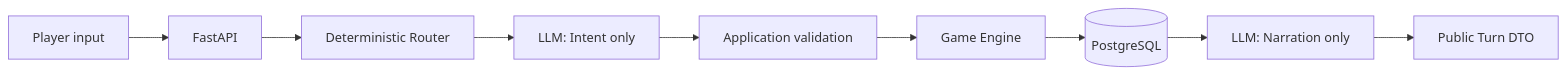
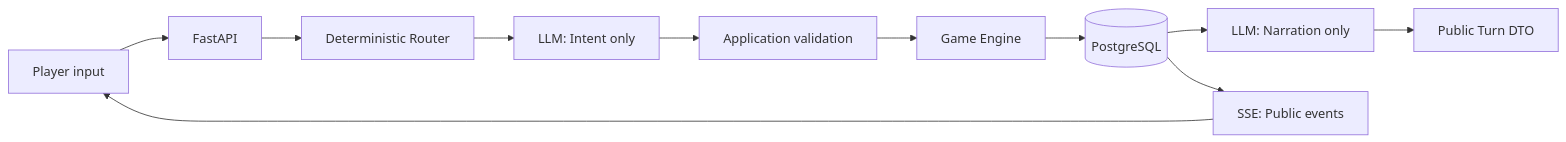
The diagram in README.md (caprice1026-disc/AI_RPG), drawn with Mermaid before and after one commit. The commit also changed other lines of this file and 24 other files, not shown here.

````diff
--- a/README.md
+++ b/README.md
@@ -58,11 +60,13 @@
 ```mermaid
 flowchart LR
     P[Player input] --> API[FastAPI]
     API --> R[Deterministic Router]
     R --> I[LLM: Intent only]
     I --> A[Application validation]
     A --> E[Game Engine]
     E --> DB[(PostgreSQL)]
     DB --> N[LLM: Narration only]
     N --> DTO[Public Turn DTO]
+    DB --> SSE[SSE: Public events]
+    SSE --> P
 ```
````
